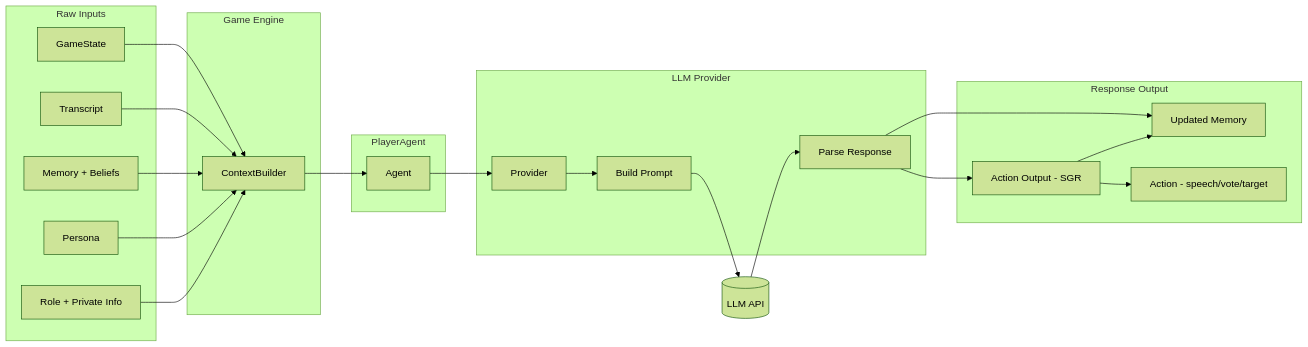
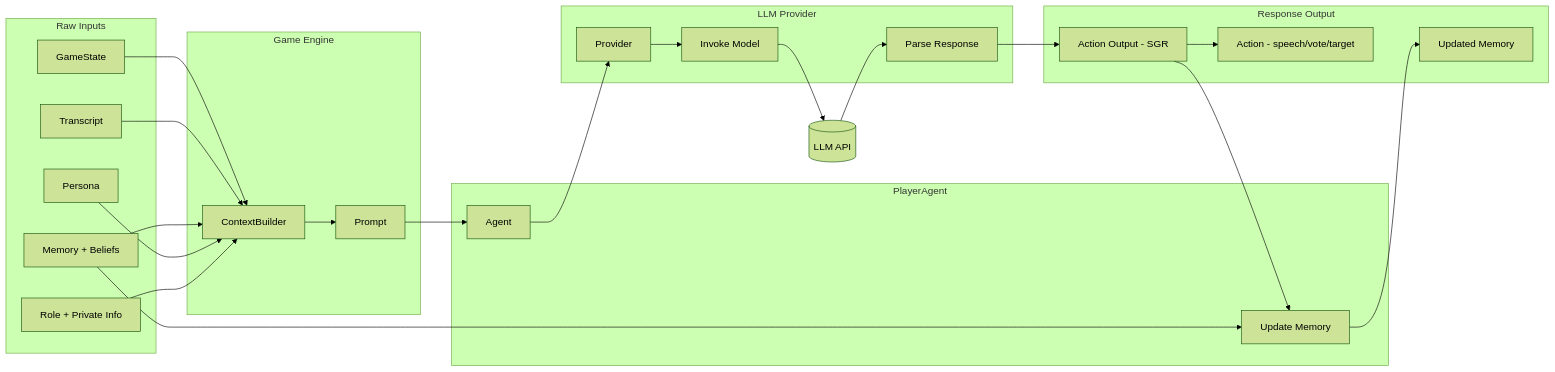
Before and after one commit to TheMntnKing/ai-mafia-league: the third of 8 diagrams in docs/architecture.md, drawn with Mermaid (forest theme). The commit also changed other lines of this file and 5 other files, not shown here.

````diff
--- a/docs/architecture.md
+++ b/docs/architecture.md
@@ -101,46 +102,50 @@
 ```mermaid
 flowchart LR
     subgraph Input["Raw Inputs"]
         GS[GameState]
         TR[Transcript]
         MEM[Memory + Beliefs]
         PER[Persona]
         ROLE[Role + Private Info]
     end
 
     subgraph Engine["Game Engine"]
         CB[ContextBuilder]
+        P[Prompt]
     end
 
     subgraph Agent["PlayerAgent"]
         PA[Agent]
+        UPD[Update Memory]
     end
 
     subgraph Provider["LLM Provider"]
         PR[Provider]
-        PROMPT[Build Prompt]
+        CALL[Invoke Model]
         PARSE[Parse Response]
     end
 
     subgraph Output["Response Output"]
         SGR[Action Output - SGR]
         UMEM[Updated Memory]
         ACT[Action - speech/vote/target]
     end
 
     GS --> CB
     TR --> CB
     MEM --> CB
     PER --> CB
     ROLE --> CB
 
-    CB --> PA
+    CB --> P
+    P --> PA
     PA --> PR
-    PR --> PROMPT
-    PROMPT --> LLM[(LLM API)]
+    PR --> CALL
+    CALL --> LLM[(LLM API)]
     LLM --> PARSE
     PARSE --> SGR
-    PARSE --> UMEM
-    SGR --> UMEM
     SGR --> ACT
+    SGR --> UPD
+    MEM --> UPD
+    UPD --> UMEM
 ```
````
